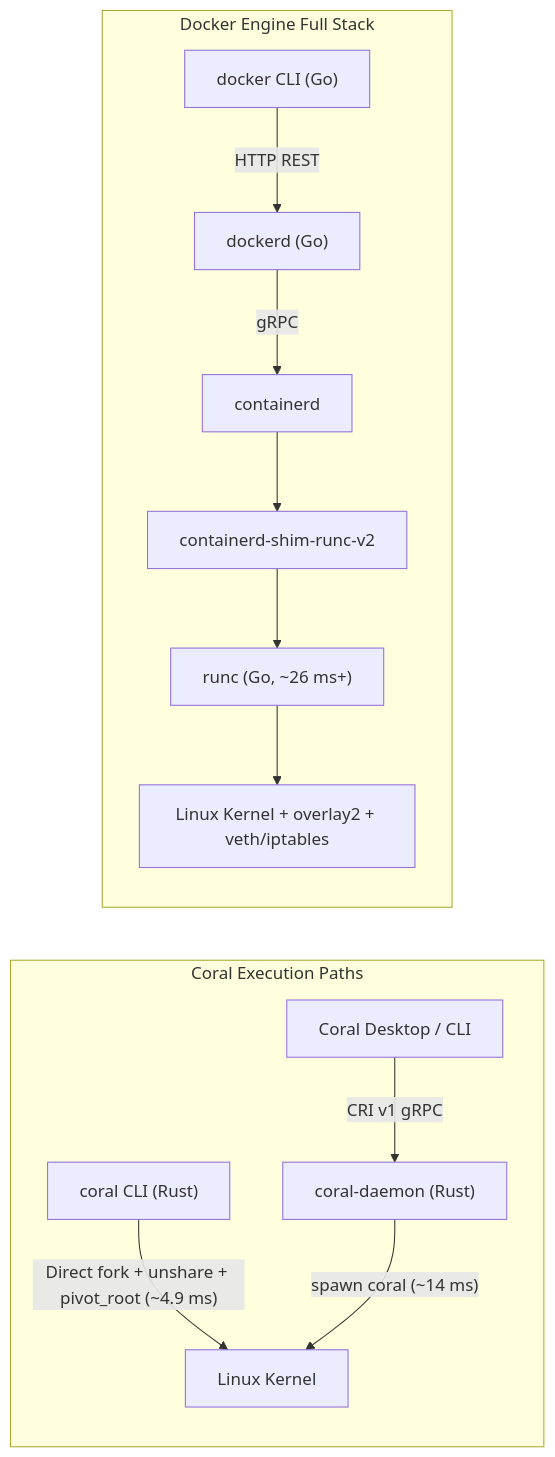
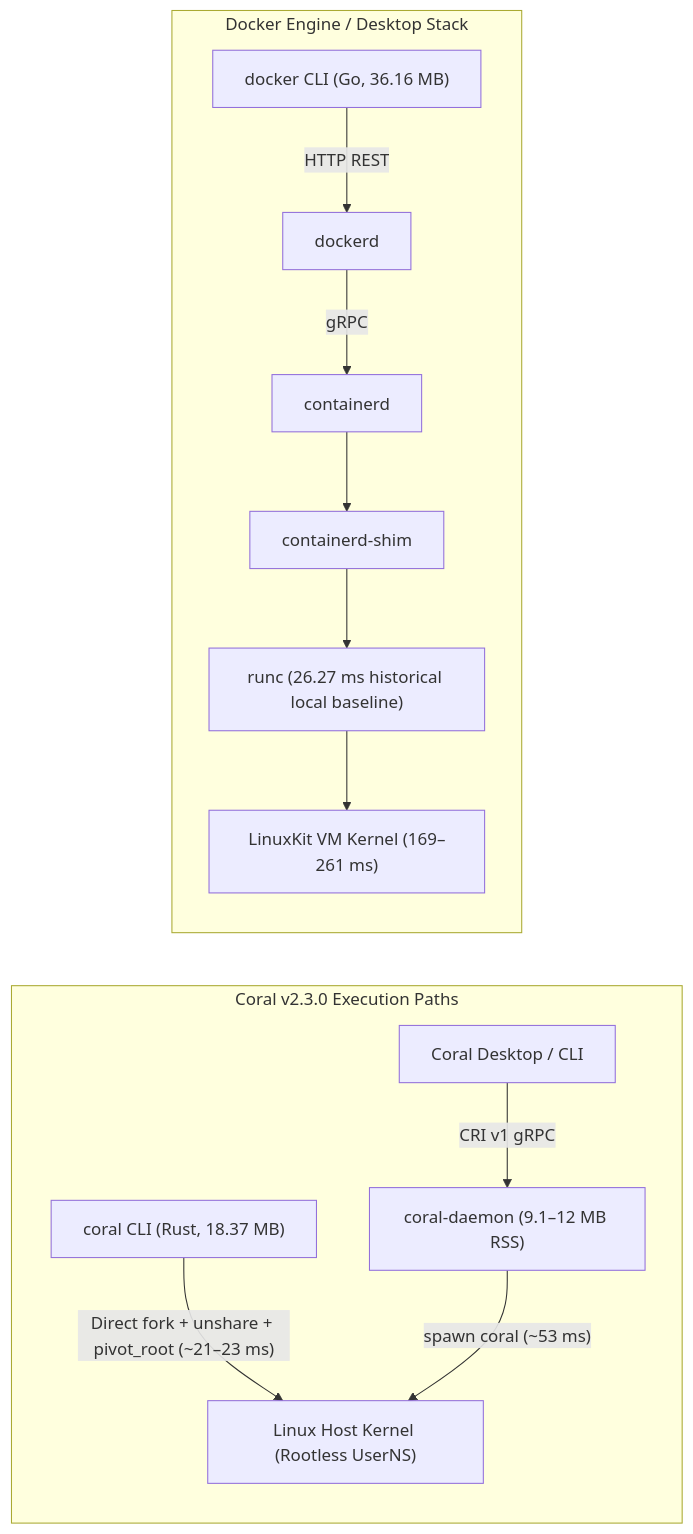
The second of 2 diagrams in coral_repo/docs/BENCHMARK.md (seashyne/Coral-Container-Project), drawn with Mermaid before and after one commit. The commit also changed other lines of this file and 375 other files, not shown here.

````diff
--- a/coral_repo/docs/BENCHMARK.md
+++ b/coral_repo/docs/BENCHMARK.md
@@ -84,11 +59,11 @@
 ```mermaid
 flowchart LR
-    subgraph CORAL["Coral Execution Paths"]
-        C1["coral CLI (Rust)"] -->|"Direct fork + unshare + pivot_root (~4.9 ms)"| K1["Linux Kernel"]
-        C2["Coral Desktop / CLI"] -->|"CRI v1 gRPC"| CD["coral-daemon (Rust)"] -->|"spawn coral (~14 ms)"| K1
+    subgraph CORAL["Coral v2.3.0 Execution Paths"]
+        C1["coral CLI (Rust, 18.37 MB)"] -->|"Direct fork + unshare + pivot_root (~21–23 ms)"| K1["Linux Host Kernel (Rootless UserNS)"]
+        C2["Coral Desktop / CLI"] -->|"CRI v1 gRPC"| CD["coral-daemon (9.1–12 MB RSS)"] -->|"spawn coral (~53 ms)"| K1
     end
 
-    subgraph DOCKER["Docker Engine Full Stack"]
-        D1["docker CLI (Go)"] -->|"HTTP REST"| DD["dockerd (Go)"] -->|"gRPC"| CT["containerd"] --> SH["containerd-shim-runc-v2"] --> RC["runc (Go, ~26 ms+)"] --> K2["Linux Kernel + overlay2 + veth/iptables"]
+    subgraph DOCKER["Docker Engine / Desktop Stack"]
+        D1["docker CLI (Go, 36.16 MB)"] -->|"HTTP REST"| DD["dockerd"] -->|"gRPC"| CT["containerd"] --> SH["containerd-shim"] --> RC["runc (26.27 ms historical local baseline)"] --> K2["LinuxKit VM Kernel (169–261 ms)"]
     end
 ```
````
